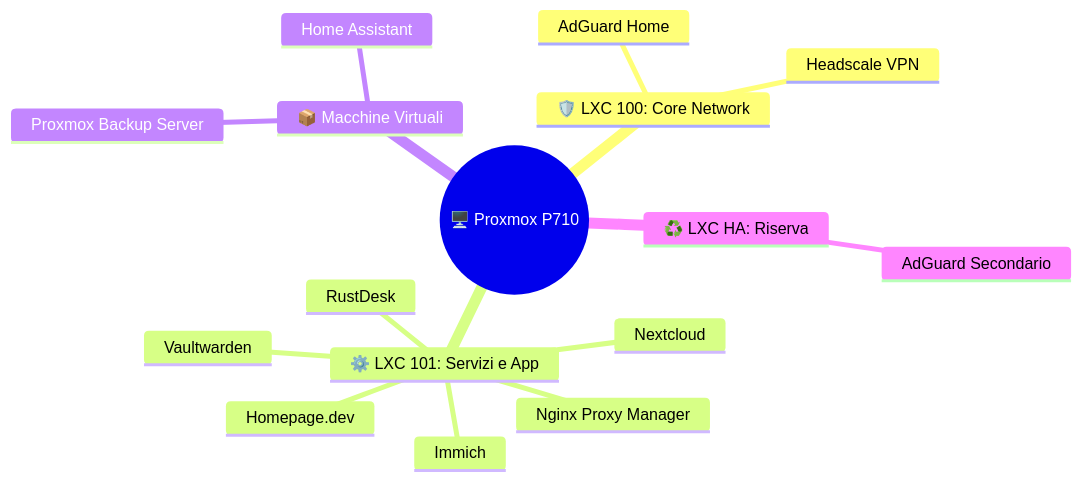
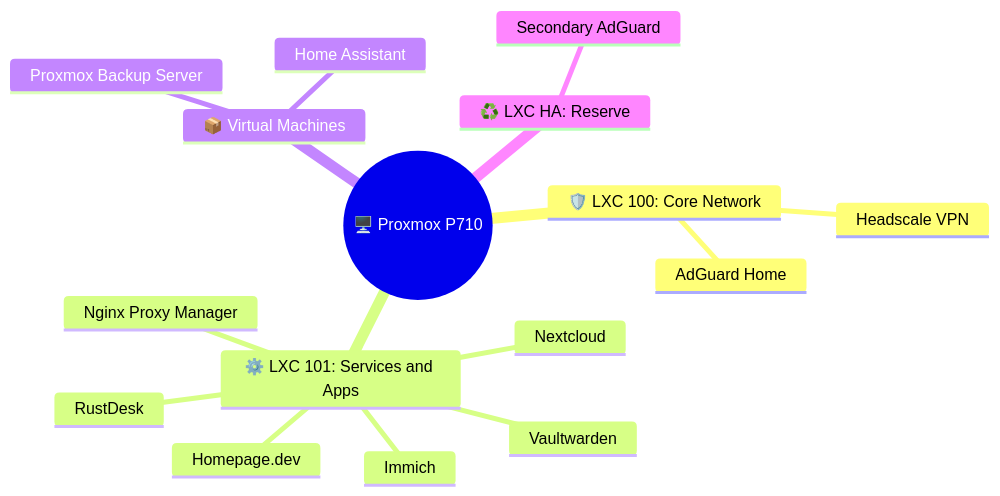
One commit to Mohamed-DN/Sovereign-Homelab changed the second of 3 diagrams in docs/infrastructure_plan_and_map.md. Above: the diagram before and after it, drawn with Mermaid. The commit also changed other lines of this file and 5 other files, not shown here.

````diff
--- a/docs/infrastructure_plan_and_map.md
+++ b/docs/infrastructure_plan_and_map.md
@@ -48,19 +48,19 @@
 ```mermaid
 mindmap
   root((🖥️ Proxmox P710))
     🛡️ LXC 100: Core Network
       AdGuard Home
       Headscale VPN
-    ⚙️ LXC 101: Servizi e App
+    ⚙️ LXC 101: Services and Apps
       Nginx Proxy Manager
       Vaultwarden
       Immich
       Nextcloud
       Homepage.dev
       RustDesk
-    📦 Macchine Virtuali
+    📦 Virtual Machines
       Proxmox Backup Server
       Home Assistant
-    ♻️ LXC HA: Riserva
-      AdGuard Secondario
+    ♻️ LXC HA: Reserve
+      Secondary AdGuard
 ```
````
